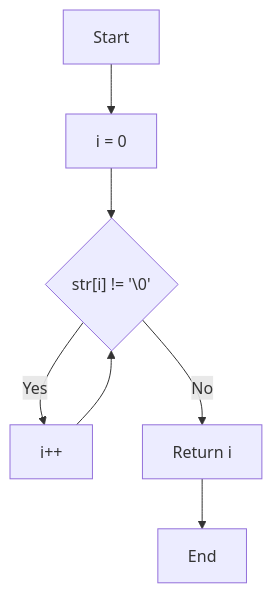
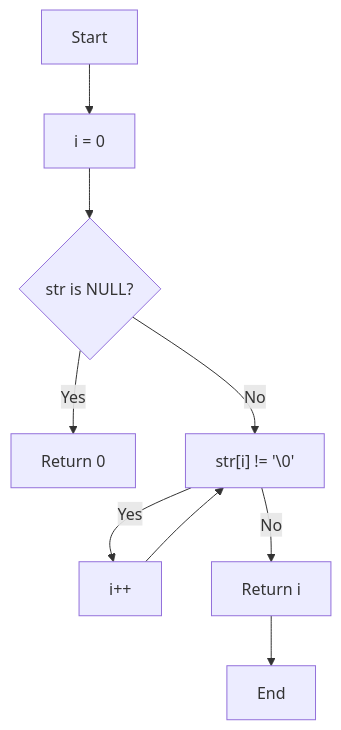
The eighth of 10 diagrams in Libft/GUIDE.md (mgrl39/42Project), drawn with Mermaid before and after one commit. The commit also changed other lines of this file, not shown here.

````diff
--- a/Libft/GUIDE.md
+++ b/Libft/GUIDE.md
@@ -230,9 +232,11 @@
 ```mermaid
 flowchart TD
     A["Start"] --> B["i = 0"]
-    B --> C{"str[i] != '\0'"}
-    C -->|Yes| D["i++"]
-    D --> C
-    C -->|No| E["Return i"]
-    E --> F["End"]
+    B --> C{"str is NULL?"}
+    C -->|Yes| D["Return 0"]
+    C -->|No| E["str[i] != '\0'"]
+    E -->|Yes| F["i++"]
+    F --> E
+    E -->|No| G["Return i"]
+    G --> H["End"]
 ```
````
